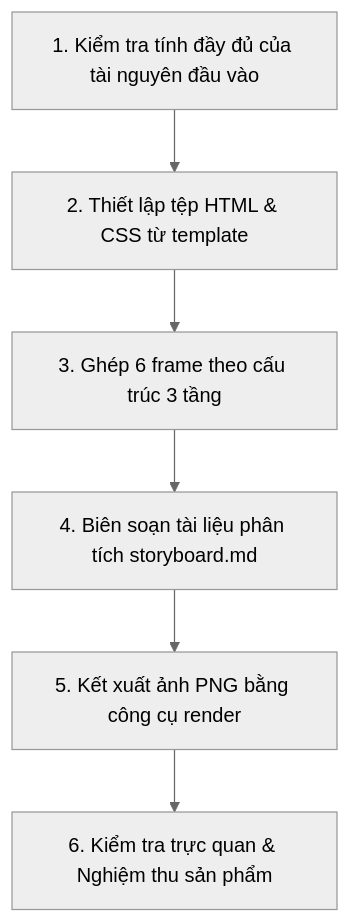
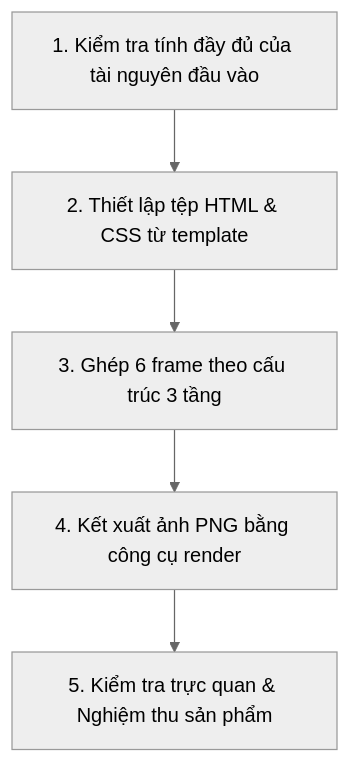
One commit to tinnguyen0706/hci-petcare changed the diagram in skills/storyboard-generator/PLAN.md. Above: the diagram before and after it, drawn with Mermaid (neutral theme). The commit also changed other lines of this file and 7 other files, not shown here.

````diff
--- a/skills/storyboard-generator/PLAN.md
+++ b/skills/storyboard-generator/PLAN.md
@@ -28,8 +28,7 @@
 ```mermaid
 graph TD
     Step1["1. Kiểm tra tính đầy đủ của tài nguyên đầu vào"] --> Step2["2. Thiết lập tệp HTML & CSS từ template"]
     Step2 --> Step3["3. Ghép 6 frame theo cấu trúc 3 tầng"]
-    Step3 --> Step4["4. Biên soạn tài liệu phân tích storyboard.md"]
-    Step4 --> Step5["5. Kết xuất ảnh PNG bằng công cụ render"]
-    Step5 --> Step6["6. Kiểm tra trực quan & Nghiệm thu sản phẩm"]
+    Step3 --> Step4["4. Kết xuất ảnh PNG bằng công cụ render"]
+    Step4 --> Step5["5. Kiểm tra trực quan & Nghiệm thu sản phẩm"]
 ```
````
